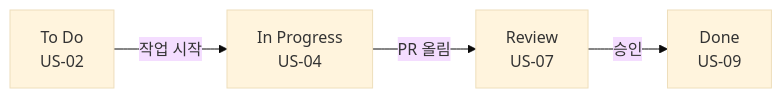
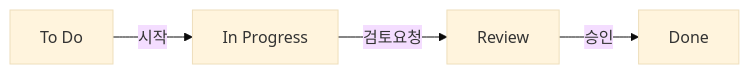
Before and after one commit to bbnotest/Smart4_PM: the second of 2 diagrams in 01_Trello/Guide.md, drawn with Mermaid (base theme). The commit also changed other lines of this file and 4 other files, not shown here.

````diff
--- a/01_Trello/Guide.md
+++ b/01_Trello/Guide.md
@@ -128,6 +176,4 @@
 ```mermaid
 graph LR
-    TD["To Do<br/>US-02"] -->|작업 시작| IP["In Progress<br/>US-04"]
-    IP -->|PR 올림| RV["Review<br/>US-07"]
-    RV -->|승인| DN["Done<br/>US-09"]
+    TD["To Do"] -->|시작| IP["In Progress"] -->|검토요청| RV["Review"] -->|승인| DN["Done"]
 ```
````
